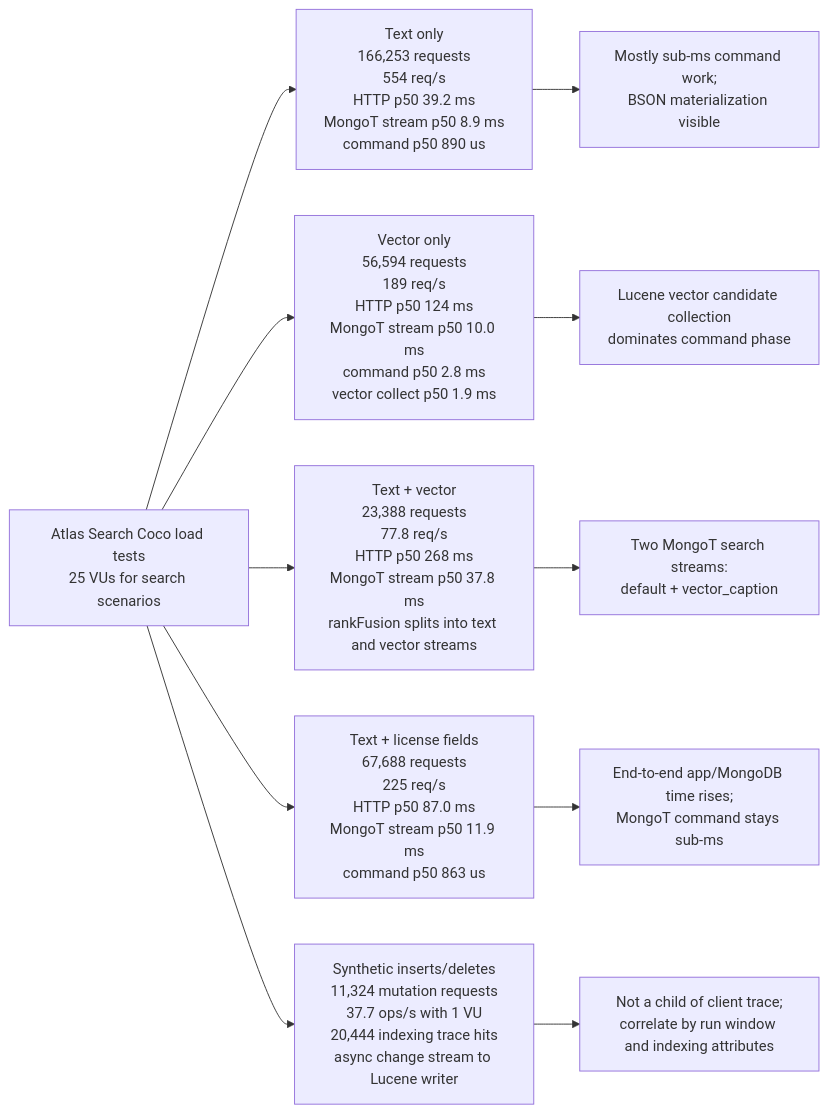
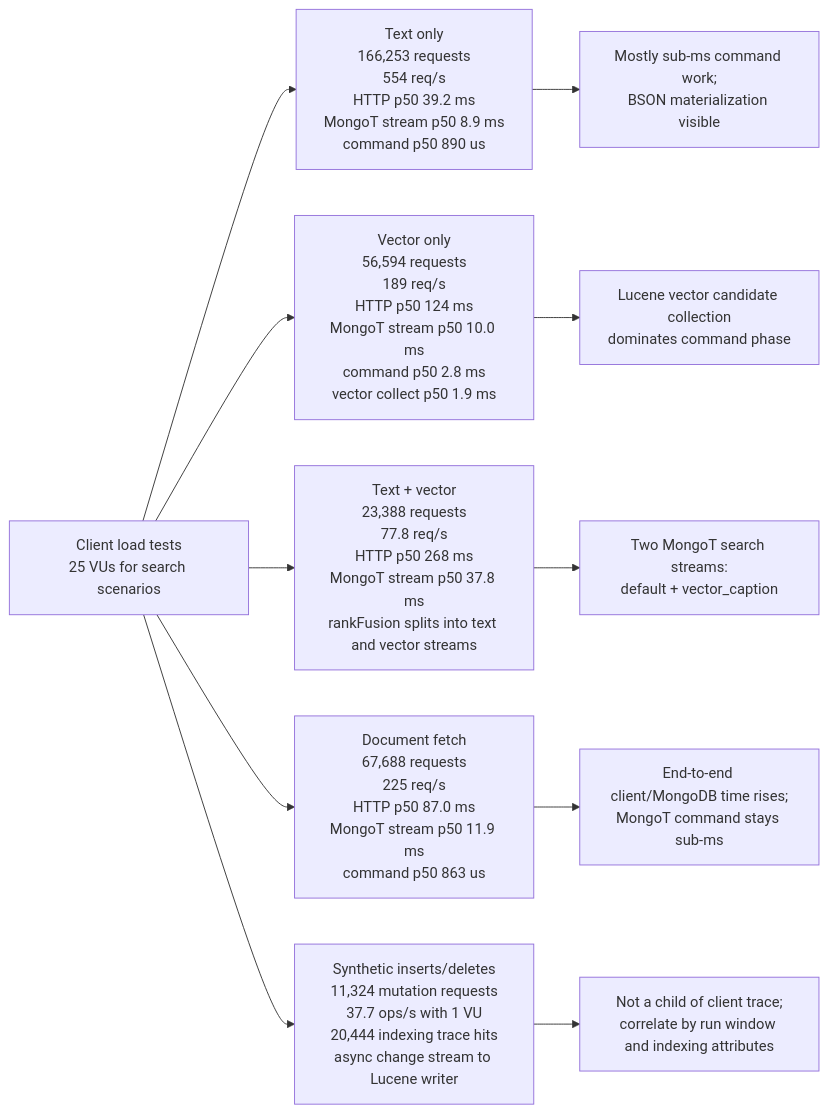
Before and after one commit to luketn/mongot: diagram 11 of 11 in MONGOT_TIMELINE.md, drawn with Mermaid. The commit also changed other lines of this file and 12 other files, not shown here.

First line of the commit message:
Expand MongoT app tour story documentation

````diff
--- a/MONGOT_TIMELINE.md
+++ b/MONGOT_TIMELINE.md
@@ -480,21 +480,21 @@
 ```mermaid
 flowchart LR
-    root["Atlas Search Coco load tests<br/>25 VUs for search scenarios"]
+    root["Client load tests<br/>25 VUs for search scenarios"]
     text["Text only<br/>166,253 requests<br/>554 req/s<br/>HTTP p50 39.2 ms<br/>MongoT stream p50 8.9 ms<br/>command p50 890 us"]
     vector["Vector only<br/>56,594 requests<br/>189 req/s<br/>HTTP p50 124 ms<br/>MongoT stream p50 10.0 ms<br/>command p50 2.8 ms<br/>vector collect p50 1.9 ms"]
     both["Text + vector<br/>23,388 requests<br/>77.8 req/s<br/>HTTP p50 268 ms<br/>MongoT stream p50 37.8 ms<br/>rankFusion splits into text and vector streams"]
-    license["Text + license fields<br/>67,688 requests<br/>225 req/s<br/>HTTP p50 87.0 ms<br/>MongoT stream p50 11.9 ms<br/>command p50 863 us"]
+    documentFetch["Document fetch<br/>67,688 requests<br/>225 req/s<br/>HTTP p50 87.0 ms<br/>MongoT stream p50 11.9 ms<br/>command p50 863 us"]
     mutations["Synthetic inserts/deletes<br/>11,324 mutation requests<br/>37.7 ops/s with 1 VU<br/>20,444 indexing trace hits<br/>async change stream to Lucene writer"]
 
     root --> text
     root --> vector
     root --> both
-    root --> license
+    root --> documentFetch
     root --> mutations
 
     text --> textLesson["Mostly sub-ms command work;<br/>BSON materialization visible"]
     vector --> vectorLesson["Lucene vector candidate collection<br/>dominates command phase"]
     both --> bothLesson["Two MongoT search streams:<br/>default + vector_caption"]
-    license --> licenseLesson["End-to-end app/MongoDB time rises;<br/>MongoT command stays sub-ms"]
+    documentFetch --> documentFetchLesson["End-to-end client/MongoDB time rises;<br/>MongoT command stays sub-ms"]
     mutations --> mutationLesson["Not a child of client trace;<br/>correlate by run window and indexing attributes"]
 ```
````
